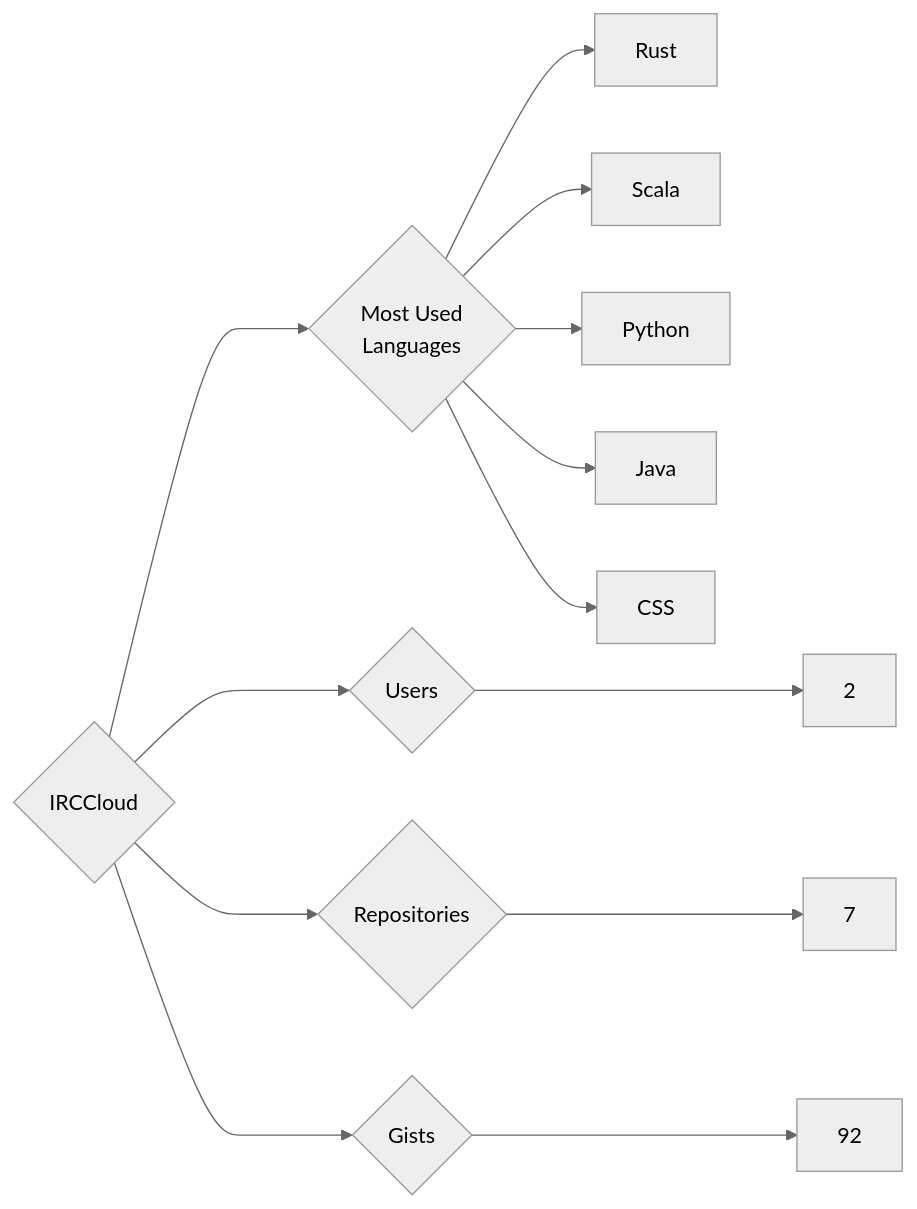
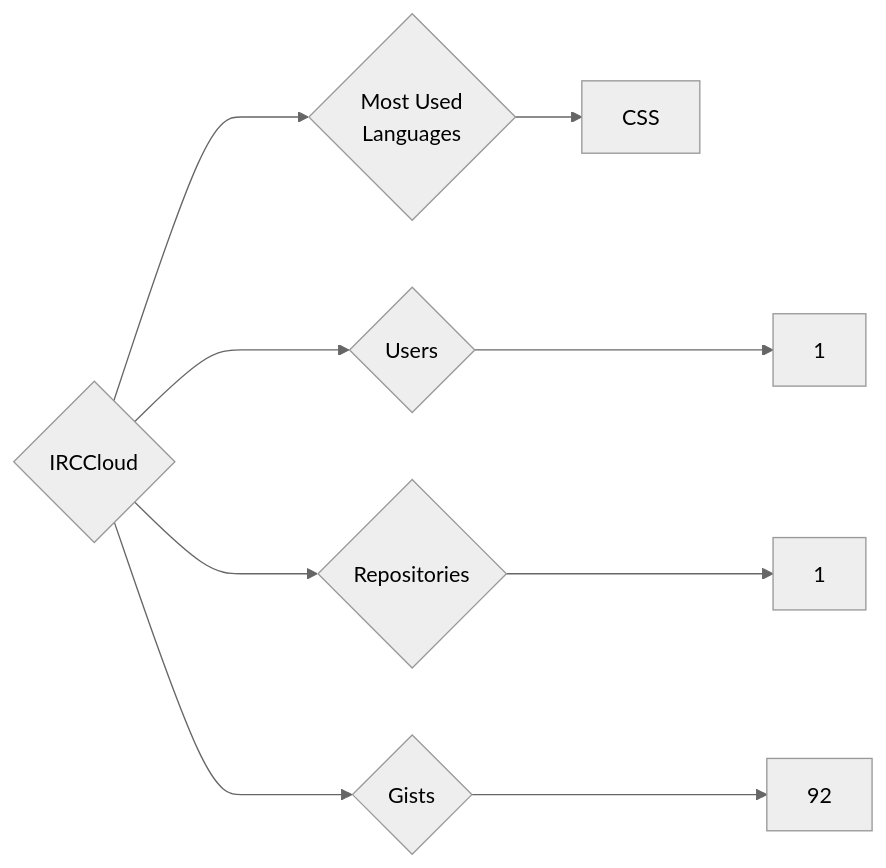
Before and after one commit to trickest/insiders: the diagram in targets/IRCCloud/README.md, drawn with Mermaid (neutral theme). The commit also changed 873 other files, not shown here.

````diff
--- a/targets/IRCCloud/README.md
+++ b/targets/IRCCloud/README.md
@@ -3,13 +3,9 @@
 ```mermaid
 graph LR
 COMPANY_NAME{IRCCloud}
-COMPANY_NAME ---> U{Users} ---> UN[2]
-COMPANY_NAME ---> R{Repositories} ---> RN[7]
+COMPANY_NAME ---> U{Users} ---> UN[1]
+COMPANY_NAME ---> R{Repositories} ---> RN[1]
 COMPANY_NAME ---> G{Gists} ---> GN[92]
 COMPANY_NAME ---> ML{Most Used<br>Languages}
-ML --> Rust[Rust]
-ML --> Scala[Scala]
-ML --> Python[Python]
-ML --> Java[Java]
 ML --> CSS[CSS]
 ```
````
